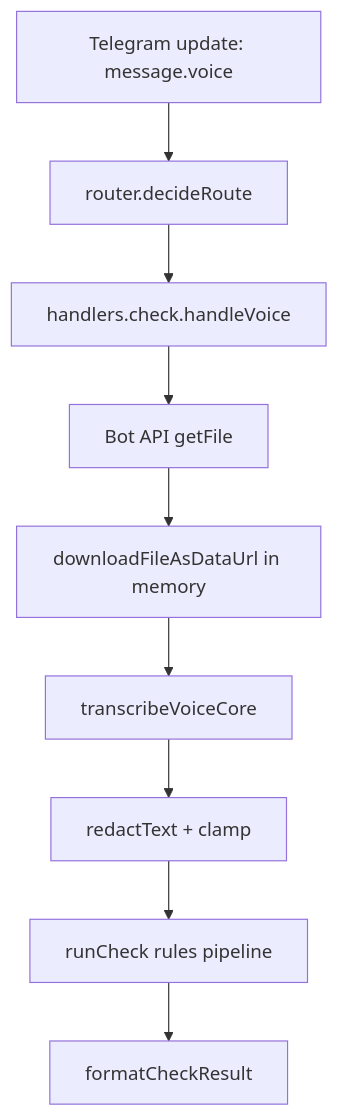
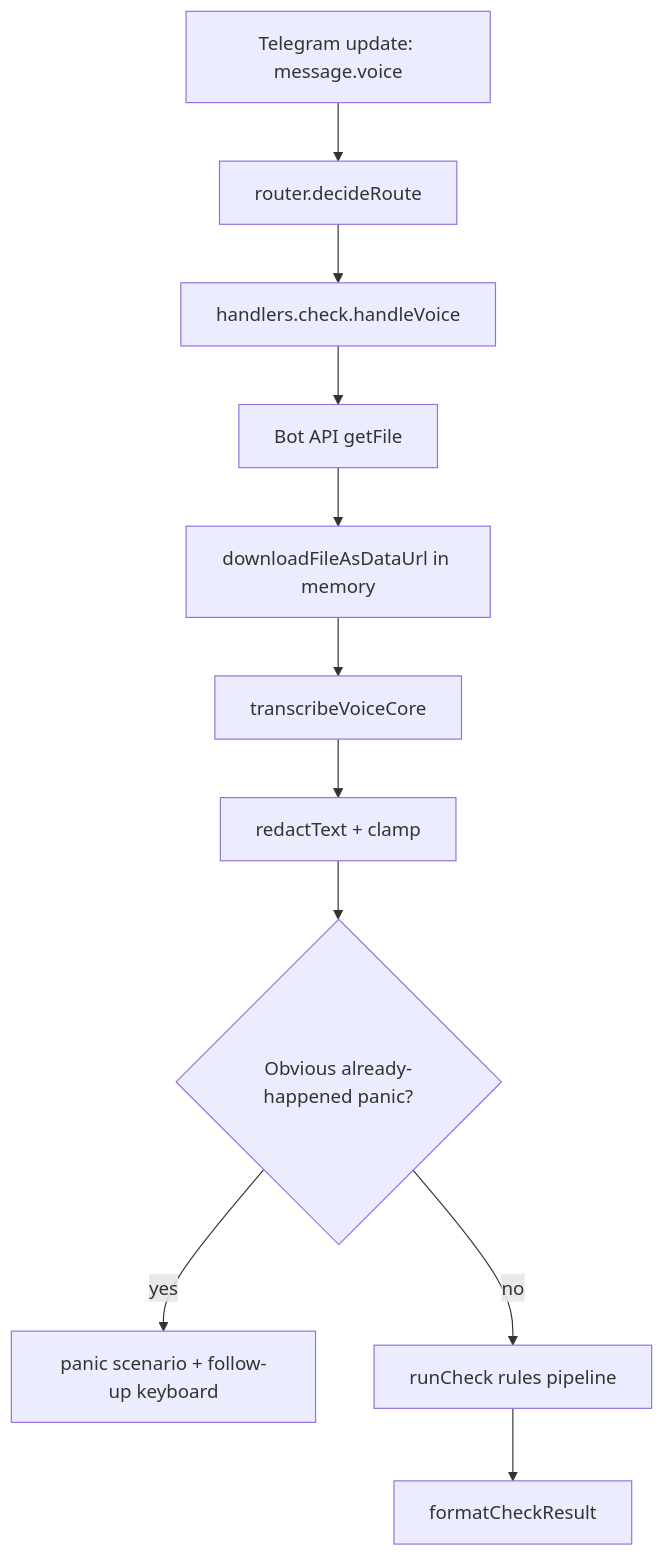
The diagram in .kiro/specs/telegram-voice-stt-v1/design.md (Web-pixel-creator/Scam-guard-Main), drawn with Mermaid before and after one commit. The commit also changed other lines of this file and 11 other files, not shown here.

````diff
--- a/.kiro/specs/telegram-voice-stt-v1/design.md
+++ b/.kiro/specs/telegram-voice-stt-v1/design.md
@@ -9,11 +9,13 @@
 ```mermaid
 flowchart TD
   A["Telegram update: message.voice"] --> B["router.decideRoute"]
   B --> C["handlers.check.handleVoice"]
   C --> D["Bot API getFile"]
   D --> E["downloadFileAsDataUrl in memory"]
   E --> F["transcribeVoiceCore"]
   F --> G["redactText + clamp"]
-  G --> H["runCheck rules pipeline"]
+  G --> X{"Obvious already-happened panic?"}
+  X -->|yes| Y["panic scenario + follow-up keyboard"]
+  X -->|no| H["runCheck rules pipeline"]
   H --> I["formatCheckResult"]
 ```
````
